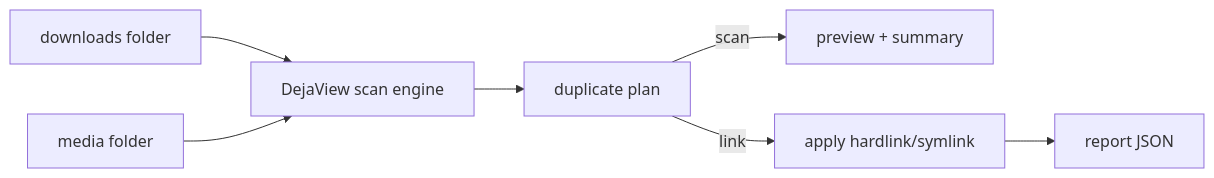
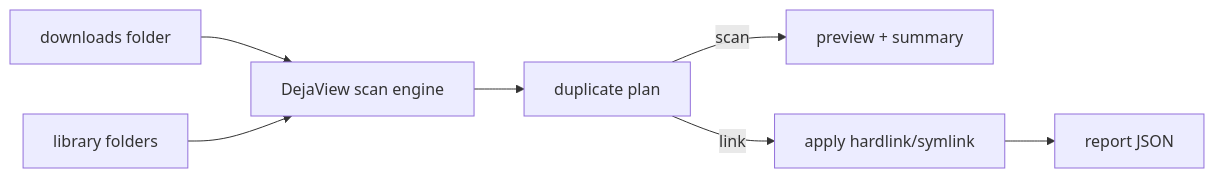
Before and after one commit to BattermanZ/DejaView: the first of 6 diagrams in docs/HOW_IT_WORKS.md, drawn with Mermaid. The commit also changed other lines of this file and 25 other files, not shown here.

First line of the commit message:
feat: match downloads against several library folders

````diff
--- a/docs/HOW_IT_WORKS.md
+++ b/docs/HOW_IT_WORKS.md
@@ -17,9 +17,9 @@
 ```mermaid
 flowchart LR
     A[downloads folder] --> C[DejaView scan engine]
-    B[media folder] --> C
+    B[library folders] --> C
     C --> D[duplicate plan]
     D -->|scan| E[preview + summary]
     D -->|link| F[apply hardlink/symlink]
     F --> G[report JSON]
 ```
````
